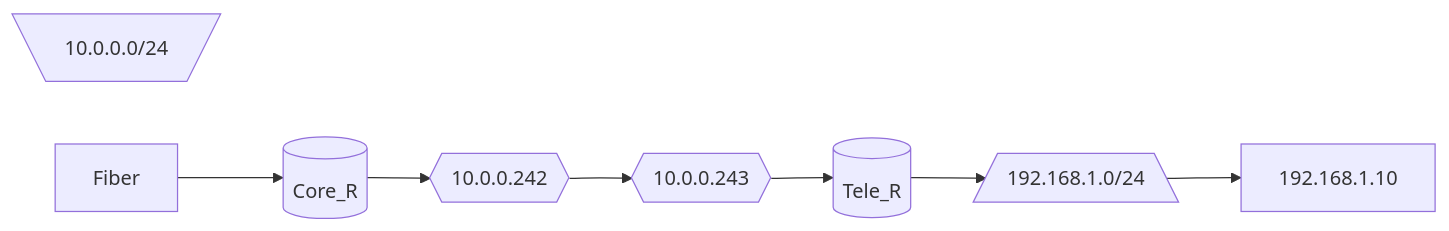
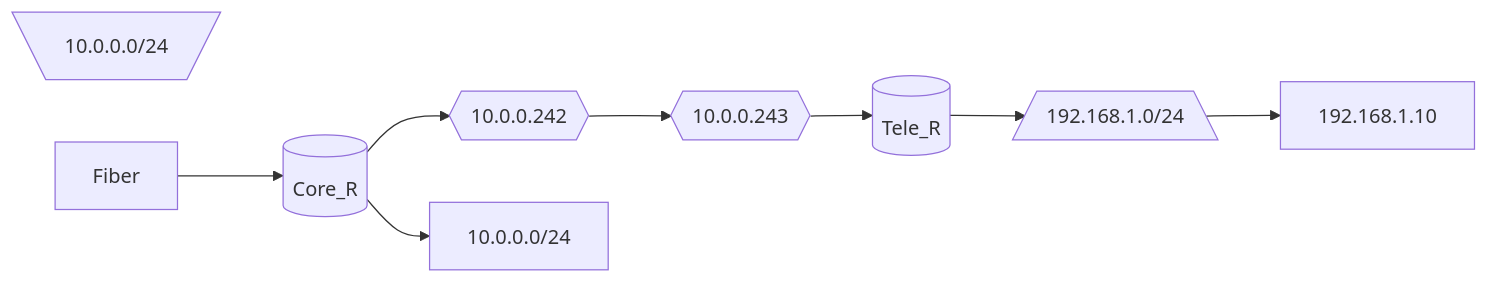
The second of 2 diagrams in Topology.md (notkasim/DOCS), drawn with Mermaid before and after one commit.

````diff
--- a/Topology.md
+++ b/Topology.md
@@ -19,22 +19,23 @@
 ```mermaid
 graph LR;
     core[(Core_R)]
     tele2[(Tele_R)]
     core_link{{10.0.0.242}}
     tele2_link{{10.0.0.243}}
     core_net[\10.0.0.0/24/]
     tele2_net[/192.168.1.0/24\]
 
     
     Fiber-->core
     core-->core_link
+    core-->10.0.0.0/24
     core_link-->tele2_link
     tele2_link-->tele2
     tele2-->tele2_net-->192.168.1.10
 
 
 
 
 
 
 ```
````
